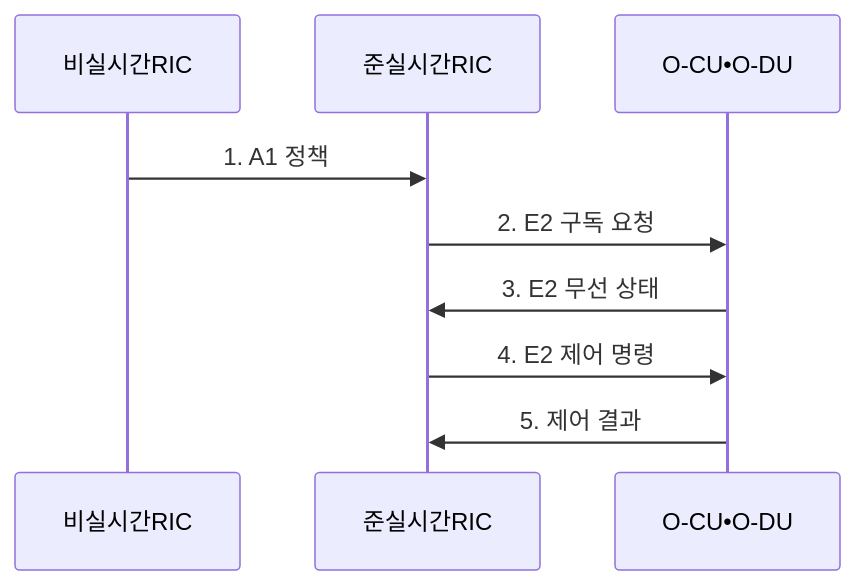
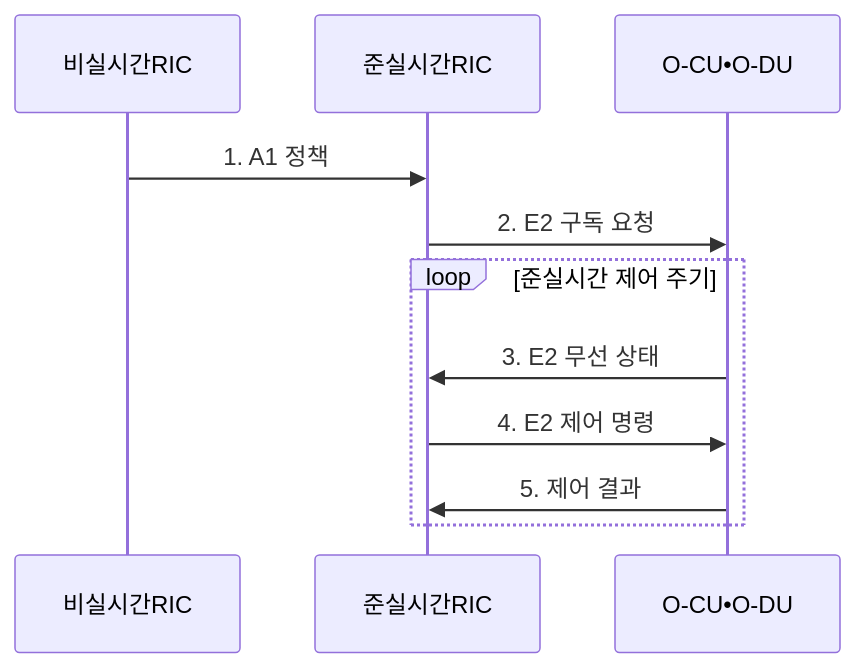
Before and after one commit to agnusdei1207/knowledge-base: the second of 2 diagrams in src/content/docs/notes/04-network/045_open_ran.md, drawn with Mermaid. The commit also changed other lines of this file and 7 other files, not shown here.

````diff
--- a/src/content/docs/notes/04-network/045_open_ran.md
+++ b/src/content/docs/notes/04-network/045_open_ran.md
@@ -103,11 +103,13 @@
 ```mermaid
 sequenceDiagram
     participant 비실시간RIC
     participant 준실시간RIC
     participant O-CU•O-DU
     비실시간RIC->>준실시간RIC: 1. A1 정책
     준실시간RIC->>O-CU•O-DU: 2. E2 구독 요청
-    O-CU•O-DU->>준실시간RIC: 3. E2 무선 상태
-    준실시간RIC->>O-CU•O-DU: 4. E2 제어 명령
-    O-CU•O-DU->>준실시간RIC: 5. 제어 결과
+    loop 준실시간 제어 주기
+        O-CU•O-DU->>준실시간RIC: 3. E2 무선 상태
+        준실시간RIC->>O-CU•O-DU: 4. E2 제어 명령
+        O-CU•O-DU->>준실시간RIC: 5. 제어 결과
+    end
 ```
````
